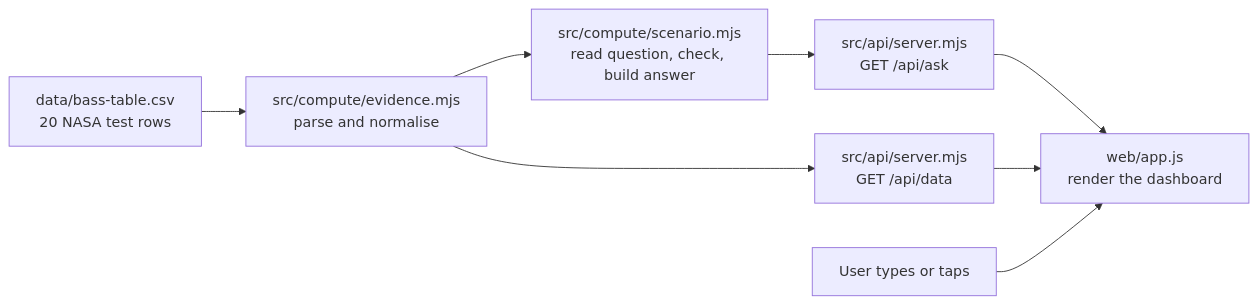
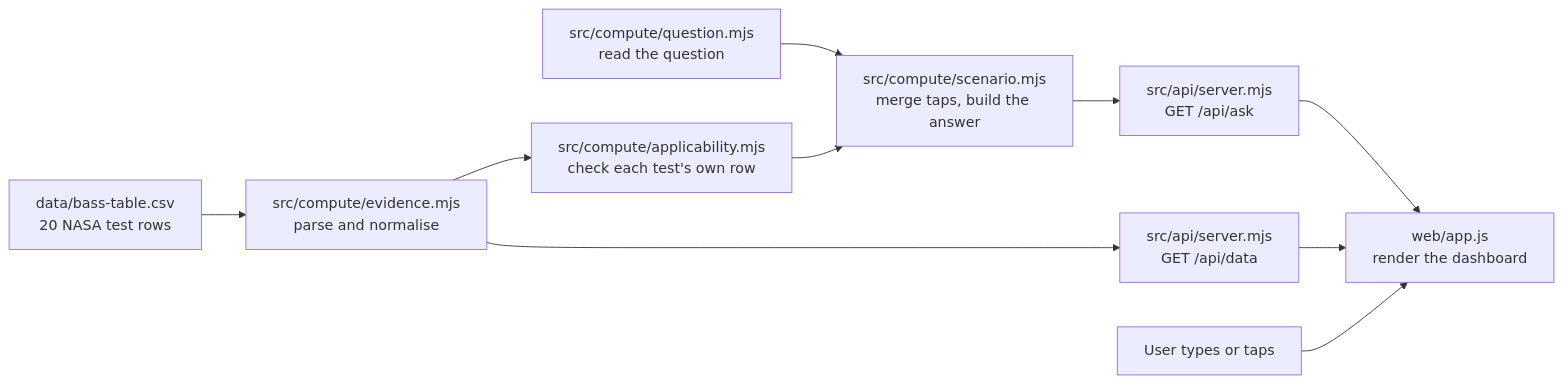
Before and after one commit to ShuvroShimuL/FlameScope: the diagram in docs/will-it-burn-technical.md, drawn with Mermaid. The commit also changed other lines of this file and 41 other files, not shown here.

````diff
--- a/docs/will-it-burn-technical.md
+++ b/docs/will-it-burn-technical.md
@@ -24,10 +24,12 @@
 ```mermaid
 flowchart LR
   CSV["data/bass-table.csv<br/>20 NASA test rows"] --> EV["src/compute/evidence.mjs<br/>parse and normalise"]
-  EV --> SC["src/compute/scenario.mjs<br/>read question, check, build answer"]
+  EV --> AP["src/compute/applicability.mjs<br/>check each test's own row"]
+  QR["src/compute/question.mjs<br/>read the question"] --> SC
+  AP --> SC["src/compute/scenario.mjs<br/>merge taps, build the answer"]
   SC --> API["src/api/server.mjs<br/>GET /api/ask"]
   EV --> DATA["src/api/server.mjs<br/>GET /api/data"]
   API --> UI["web/app.js<br/>render the dashboard"]
   DATA --> UI
   Q["User types or taps"] --> UI
 ```
````
